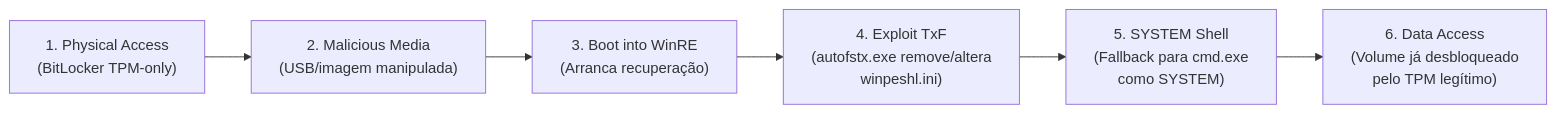
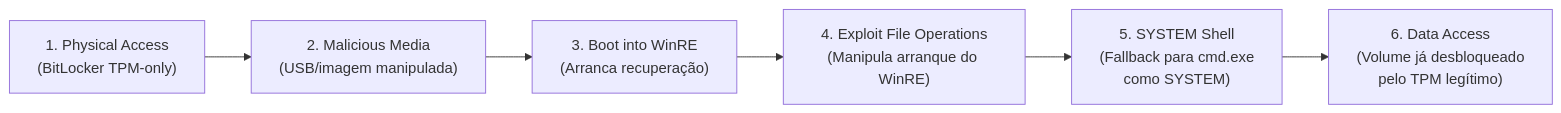
The diagram in ASSI/Capítulo 02 - Administração de Sistemas/Cheat Sheet - Administração de Sistemas e Controlo de Acessos.md (IanR0sal3s/MCIF-Vault), drawn with Mermaid before and after one commit. The commit also changed other lines of this file and 3 other files, not shown here.

````diff
--- a/ASSI/Capítulo 02 - Administração de Sistemas/Cheat Sheet - Administração de Sistemas e Controlo de Acessos.md
+++ b/ASSI/Capítulo 02 - Administração de Sistemas/Cheat Sheet - Administração de Sistemas e Controlo de Acessos.md
@@ -102,8 +102,8 @@
 ```mermaid
 flowchart LR
     P1["1. Physical Access<br/>(BitLocker TPM-only)"] --> P2["2. Malicious Media<br/>(USB/imagem manipulada)"]
     P2 --> P3["3. Boot into WinRE<br/>(Arranca recuperação)"]
-    P3 --> P4["4. Exploit TxF<br/>(autofstx.exe remove/altera<br/>winpeshl.ini)"]
+    P3 --> P4["4. Exploit File Operations<br/>(Manipula arranque do WinRE)"]
     P4 --> P5["5. SYSTEM Shell<br/>(Fallback para cmd.exe<br/>como SYSTEM)"]
     P5 --> P6["6. Data Access<br/>(Volume já desbloqueado<br/>pelo TPM legítimo)"]
 ```
````
